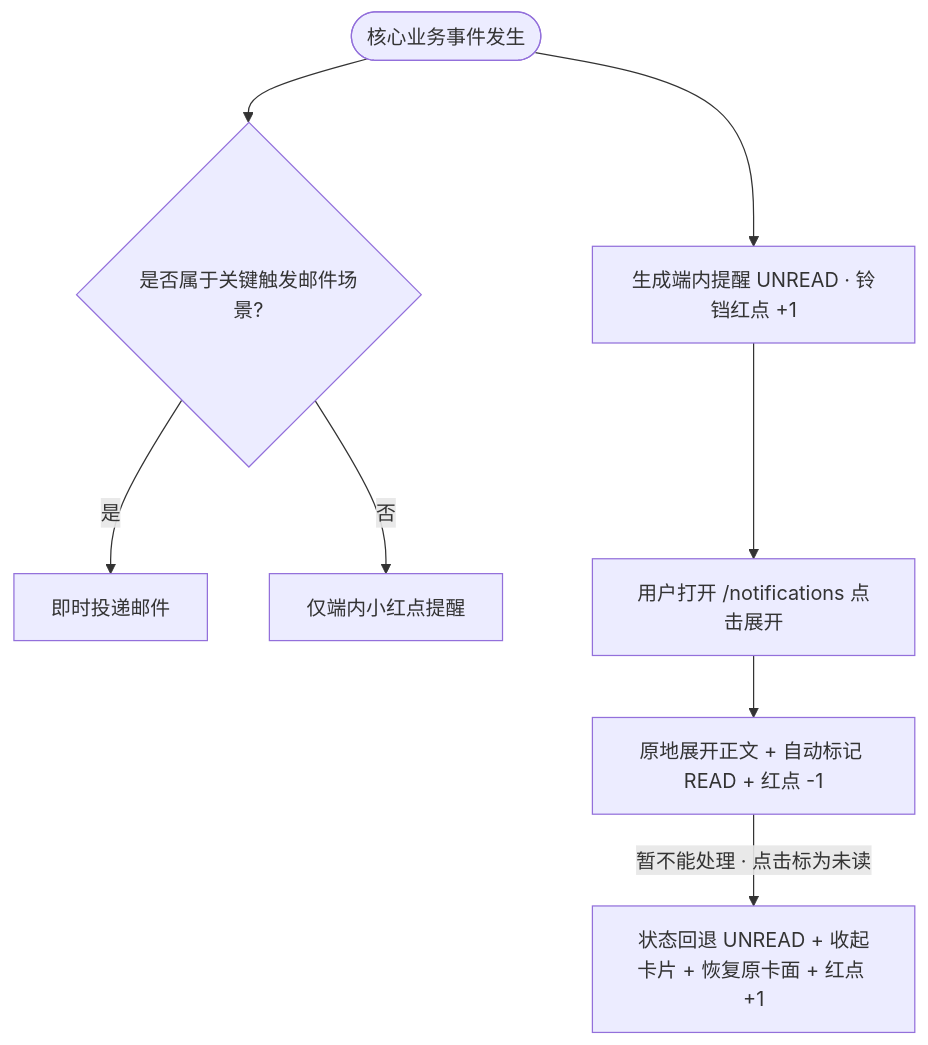
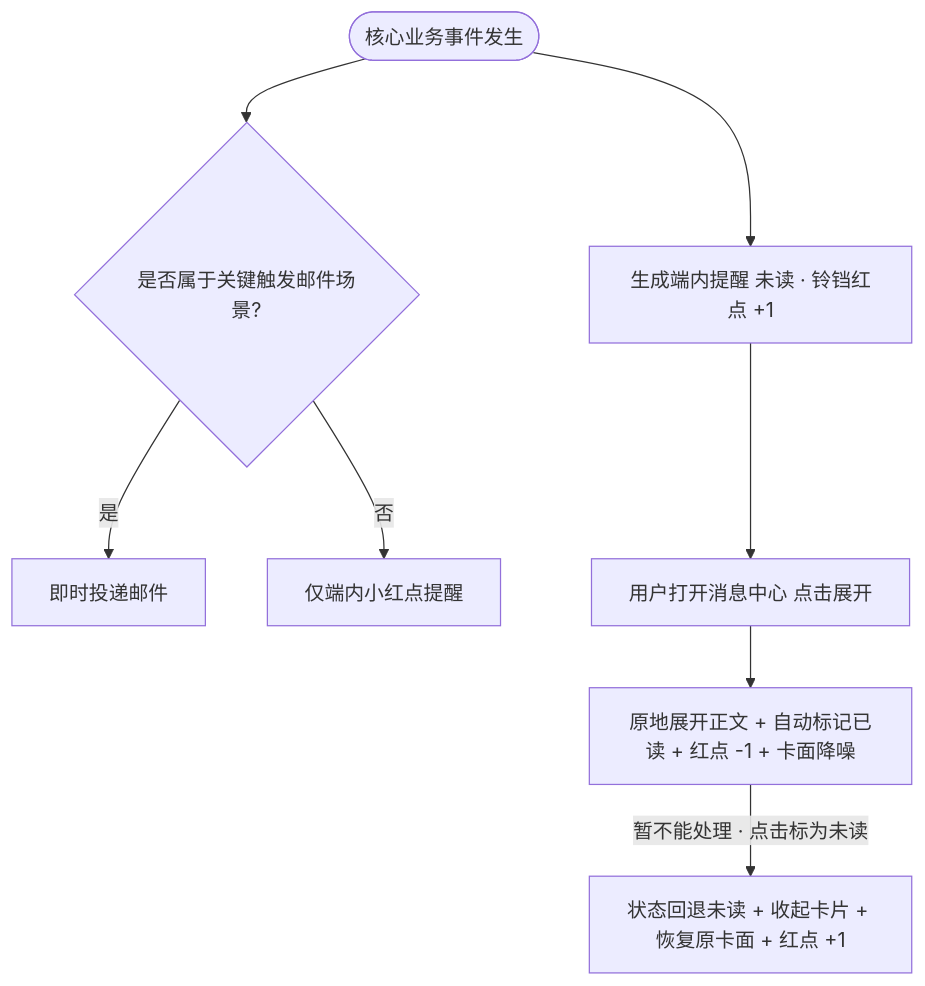
The second of 2 diagrams in docs/prd/m4_notification.md (Onezao/dream), drawn with Mermaid before and after one commit. The commit also changed other lines of this file and 38 other files, not shown here.

````diff
--- a/docs/prd/m4_notification.md
+++ b/docs/prd/m4_notification.md
@@ -109,10 +165,10 @@
 ```mermaid
 flowchart TD
-    Event([核心业务事件发生]) --> CreateInApp[生成端内提醒 UNREAD · 铃铛红点 +1]
+    Event([核心业务事件发生]) --> CreateInApp[生成端内提醒 未读 · 铃铛红点 +1]
     Event --> CheckEmail{是否属于关键触发邮件场景?}
     CheckEmail -- 是 --> SendEmail[即时投递邮件]
     CheckEmail -- 否 --> OnlyInApp[仅端内小红点提醒]
-    CreateInApp --> UserClick[用户打开 /notifications 点击展开]
-    UserClick --> MarkRead[原地展开正文 + 自动标记 READ + 红点 -1]
-    MarkRead -->|暂不能处理 · 点击标为未读| RevertUnread[状态回退 UNREAD + 收起卡片 + 恢复原卡面 + 红点 +1]
+    CreateInApp --> UserClick[用户打开消息中心 点击展开]
+    UserClick --> MarkRead[原地展开正文 + 自动标记已读 + 红点 -1 + 卡面降噪]
+    MarkRead -->|暂不能处理 · 点击标为未读| RevertUnread[状态回退未读 + 收起卡片 + 恢复原卡面 + 红点 +1]
 ```
````
